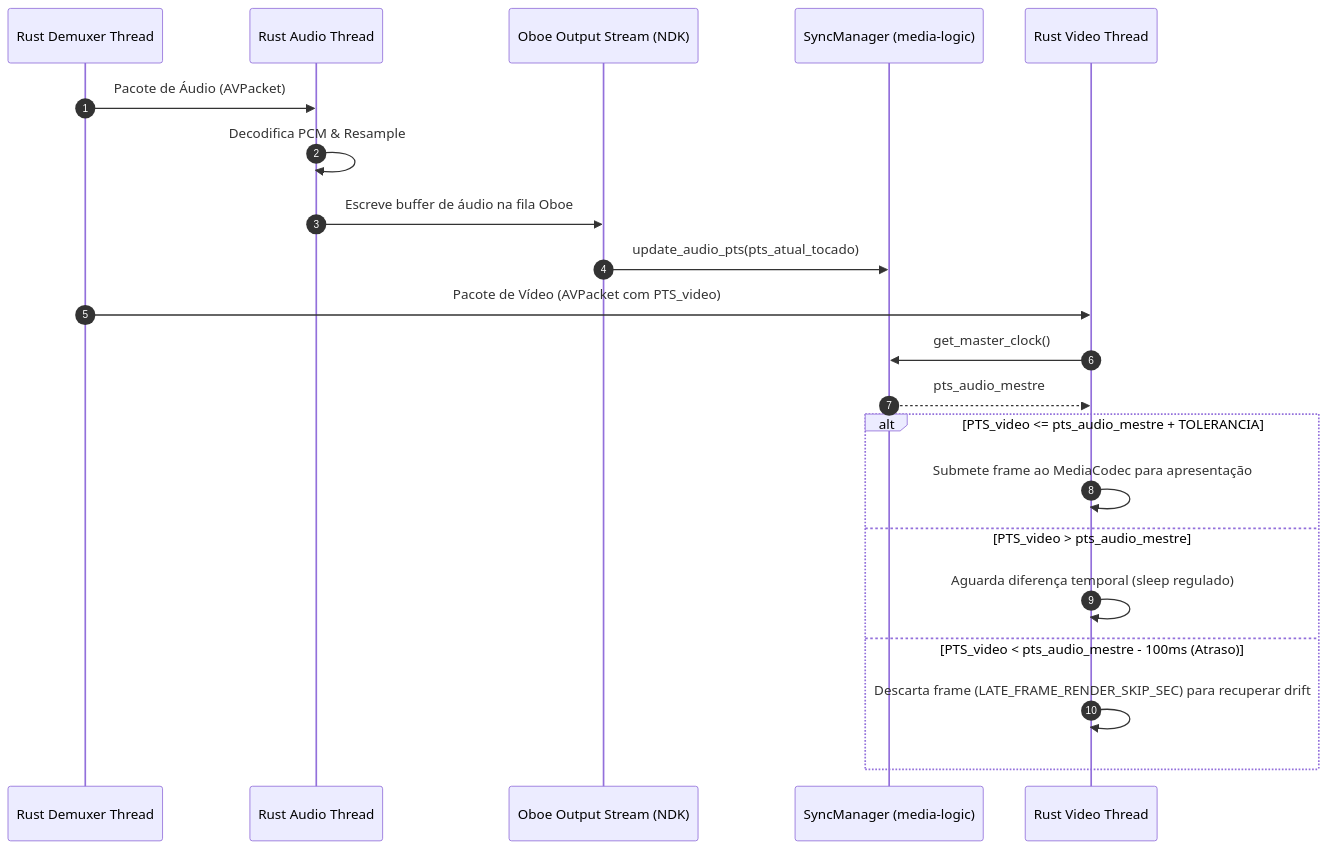
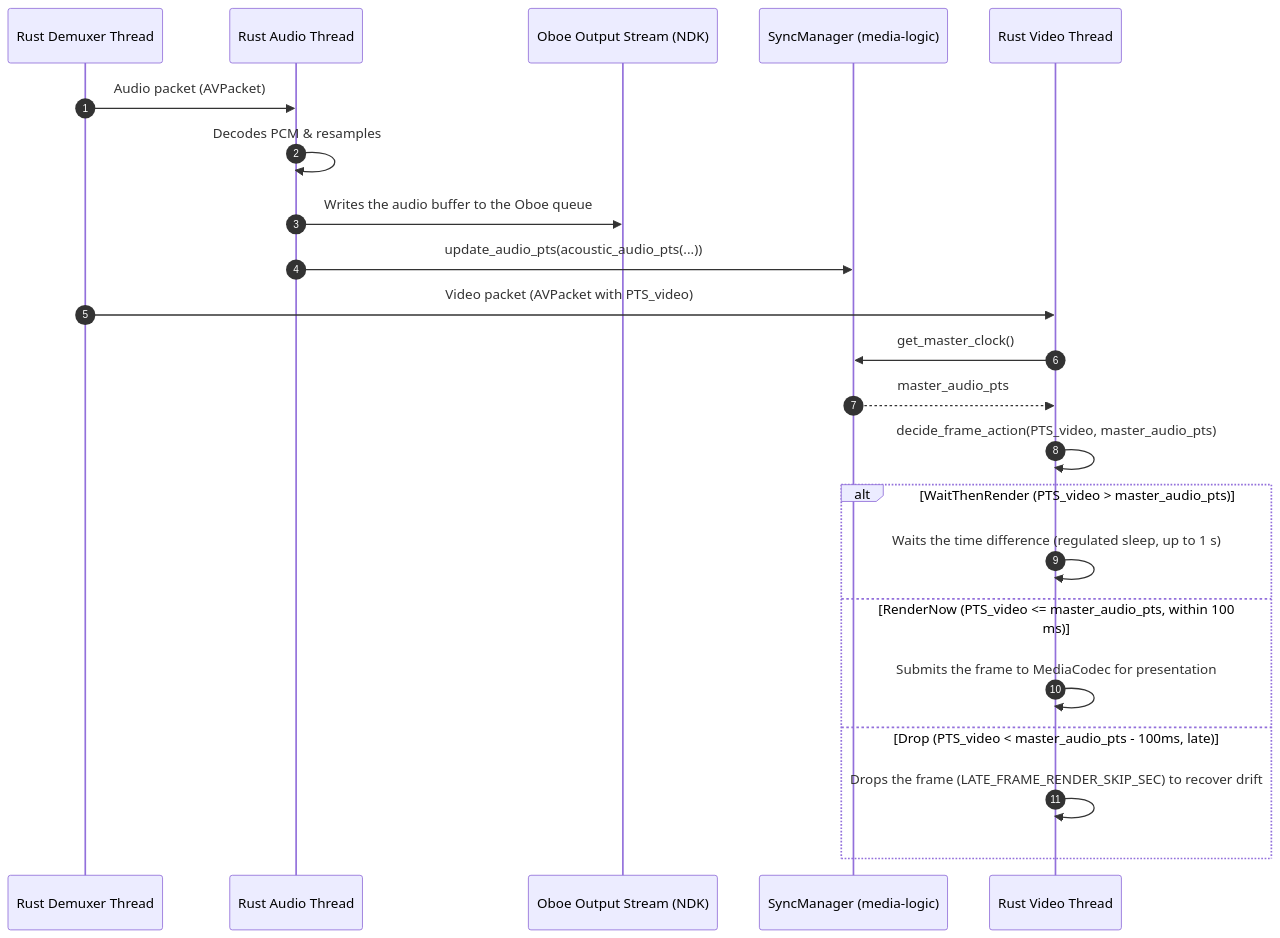
Before and after one commit to BGLuis/tucaVR: the eighth of 8 diagrams in docs/ARCHITECTURE.md, drawn with Mermaid. The commit also changed other lines of this file and 4 other files, not shown here.

````diff
--- a/docs/ARCHITECTURE.md
+++ b/docs/ARCHITECTURE.md
@@ -459,26 +475,27 @@
 ```mermaid
 sequenceDiagram
     autonumber
     participant Dmx as Rust Demuxer Thread
     participant Aud as Rust Audio Thread
     participant Ob as Oboe Output Stream (NDK)
     participant Sync as SyncManager (media-logic)
     participant Vid as Rust Video Thread
 
-    Dmx->>Aud: Pacote de Áudio (AVPacket)
-    Aud->>Aud: Decodifica PCM & Resample
-    Aud->>Ob: Escreve buffer de áudio na fila Oboe
-    Ob->>Sync: update_audio_pts(pts_atual_tocado)
-    
-    Dmx->>Vid: Pacote de Vídeo (AVPacket com PTS_video)
+    Dmx->>Aud: Audio packet (AVPacket)
+    Aud->>Aud: Decodes PCM & resamples
+    Aud->>Ob: Writes the audio buffer to the Oboe queue
+    Aud->>Sync: update_audio_pts(acoustic_audio_pts(...))
+
+    Dmx->>Vid: Video packet (AVPacket with PTS_video)
     Vid->>Sync: get_master_clock()
-    Sync-->>Vid: pts_audio_mestre
-    
-    alt PTS_video <= pts_audio_mestre + TOLERANCIA
-        Vid->>Vid: Submete frame ao MediaCodec para apresentação
-    else PTS_video > pts_audio_mestre
-        Vid->>Vid: Aguarda diferença temporal (sleep regulado)
-    else PTS_video < pts_audio_mestre - 100ms (Atraso)
-        Vid->>Vid: Descarta frame (LATE_FRAME_RENDER_SKIP_SEC) para recuperar drift
+    Sync-->>Vid: master_audio_pts
+    Vid->>Vid: decide_frame_action(PTS_video, master_audio_pts)
+
+    alt WaitThenRender (PTS_video > master_audio_pts)
+        Vid->>Vid: Waits the time difference (regulated sleep, up to 1 s)
+    else RenderNow (PTS_video <= master_audio_pts, within 100 ms)
+        Vid->>Vid: Submits the frame to MediaCodec for presentation
+    else Drop (PTS_video < master_audio_pts - 100ms, late)
+        Vid->>Vid: Drops the frame (LATE_FRAME_RENDER_SKIP_SEC) to recover drift
     end
 ```
````
